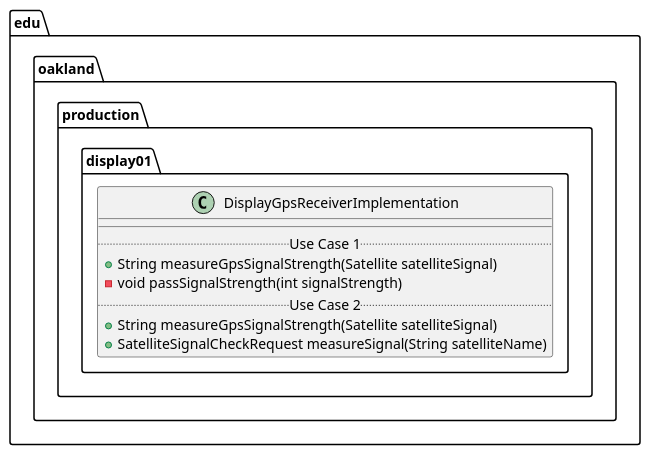
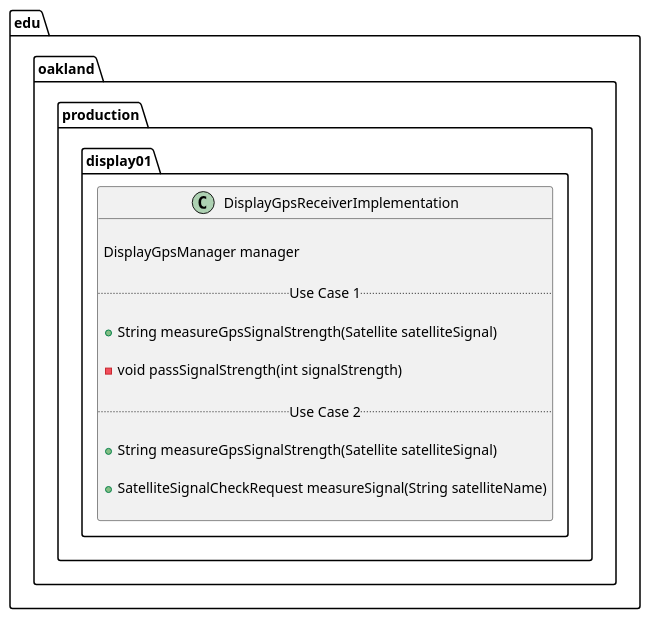
One commit to andrewdimmer/csi-3370-software-project changed the diagram in docs/uml-class-diagrams/display01/production/DisplayGpsReceiverImplementation/DisplayGpsReceiverImplementation.puml. Above: the diagram before and after it, drawn with PlantUML.

Commit message:
Update DisplayGpsReceiverImplementation.puml
Added method to create instance of DisplayGpsManager

```diff
--- a/docs/uml-class-diagrams/display01/production/DisplayGpsReceiverImplementation/DisplayGpsReceiverImplementation.puml
+++ b/docs/uml-class-diagrams/display01/production/DisplayGpsReceiverImplementation/DisplayGpsReceiverImplementation.puml
@@ -1,15 +1,23 @@
 @startuml DisplayGpsReceiverImplementation
 
 package edu.oakland.production.display01 {
     class DisplayGpsReceiverImplementation {
-        __
+        
+        DisplayGpsManager manager
+
         .. Use Case 1 ..
+        
         + String measureGpsSignalStrength(Satellite satelliteSignal)
+        
         - void passSignalStrength(int signalStrength)
+
         .. Use Case 2 ..
+        
         + String measureGpsSignalStrength(Satellite satelliteSignal)
+        
         + SatelliteSignalCheckRequest measureSignal(String satelliteName)
+
     }
 }
 
 @enduml
```
